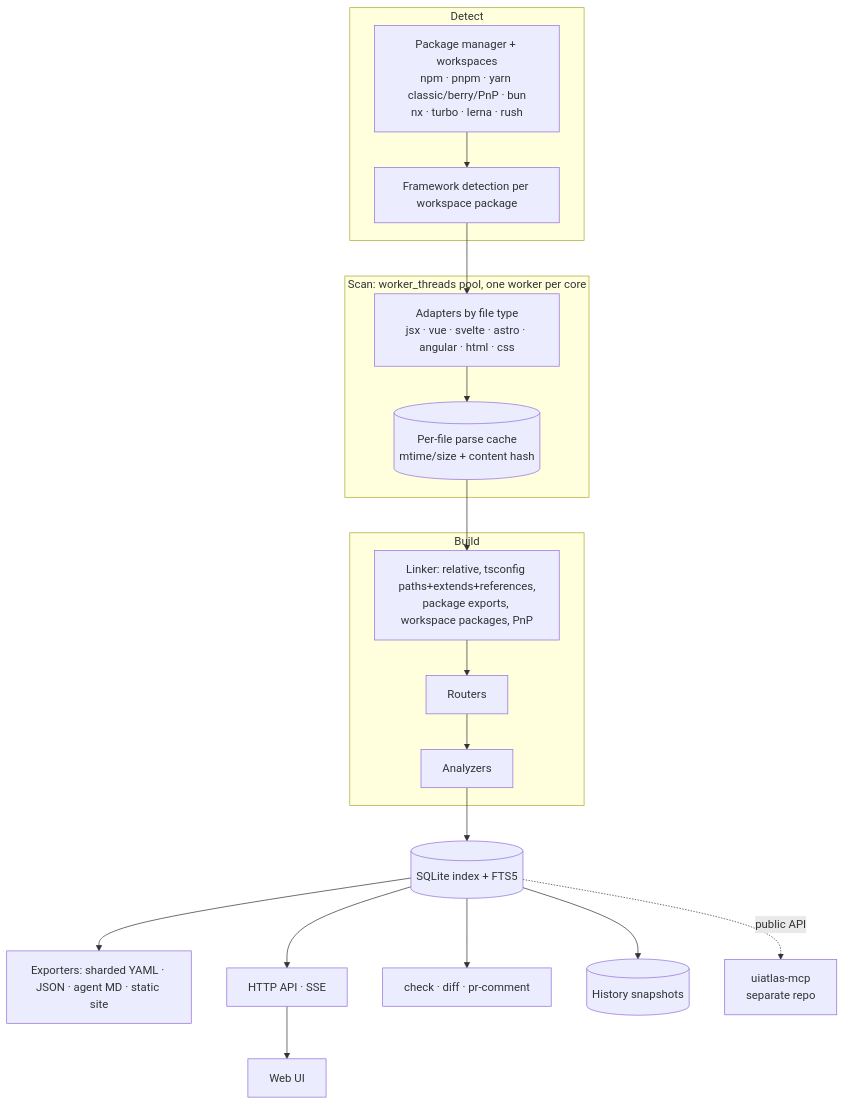
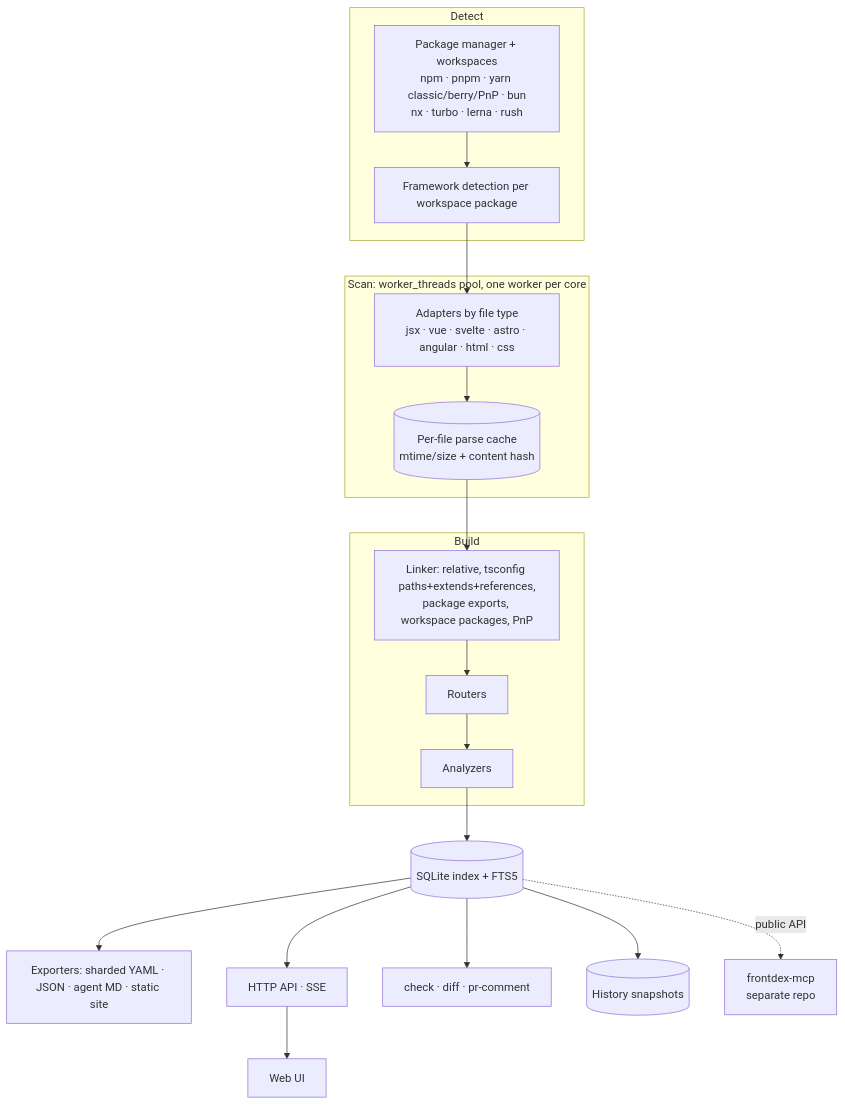
The diagram in docs/TASK.md (Prathmesh2000/frontdex), drawn with Mermaid before and after one commit. The commit also changed other lines of this file, not shown here.

Commit message:
Rename product to Frontdex (UI Atlas name is taken)

````diff
--- a/docs/TASK.md
+++ b/docs/TASK.md
@@ -45,22 +45,22 @@
 ```mermaid
 flowchart TB
   subgraph Detect
     PM[Package manager + workspaces<br/>npm · pnpm · yarn classic/berry/PnP · bun<br/>nx · turbo · lerna · rush] --> FW[Framework detection per workspace package]
   end
   subgraph Scan["Scan: worker_threads pool, one worker per core"]
     FW --> AD[Adapters by file type<br/>jsx · vue · svelte · astro · angular · html · css]
     AD --> PC[(Per-file parse cache<br/>mtime/size + content hash)]
   end
   subgraph Build
     PC --> LK[Linker: relative, tsconfig paths+extends+references,<br/>package exports, workspace packages, PnP]
     LK --> RT[Routers]
     RT --> AN[Analyzers]
   end
   AN --> DB[(SQLite index + FTS5)]
   DB --> EX[Exporters: sharded YAML · JSON · agent MD · static site]
   DB --> SV[HTTP API · SSE]
   SV --> UI[Web UI]
   DB --> CI[check · diff · pr-comment]
   DB --> HIS[(History snapshots)]
-  DB -.public API.-> MCP[uiatlas-mcp<br/>separate repo]
+  DB -.public API.-> MCP[frontdex-mcp<br/>separate repo]
 ```
````
